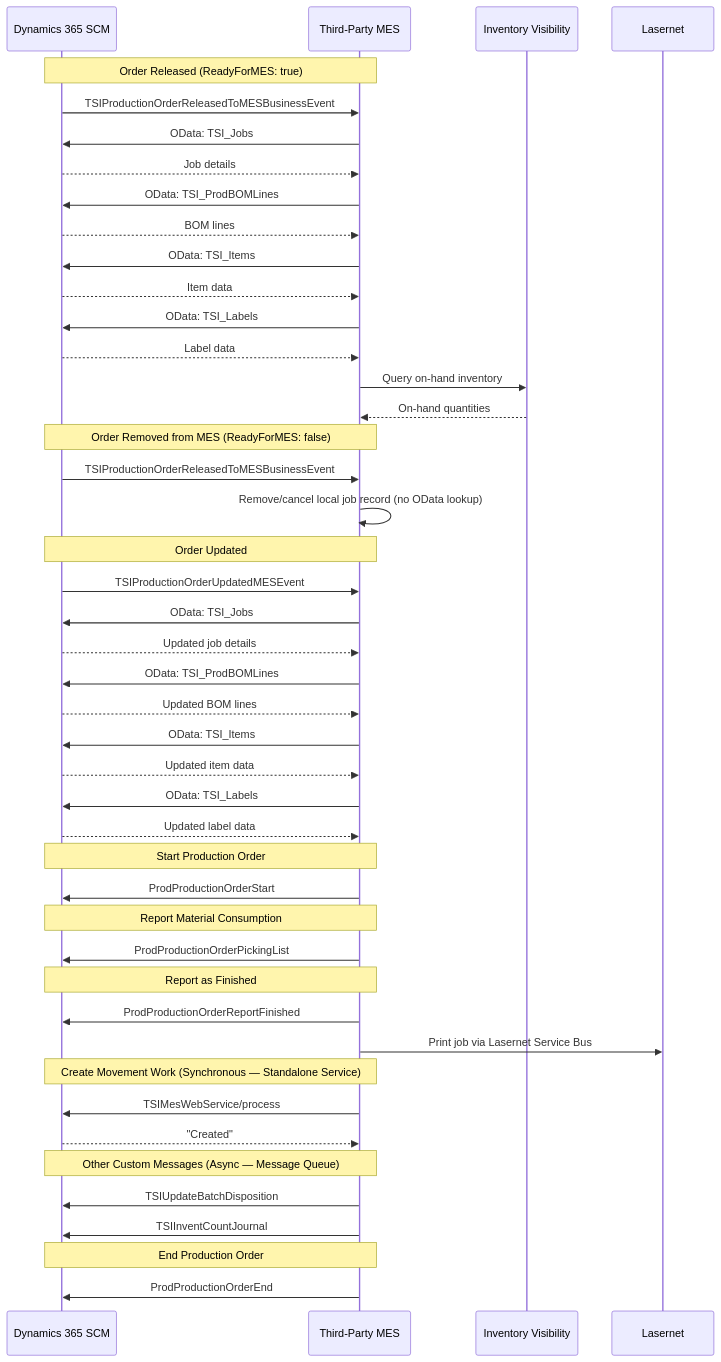
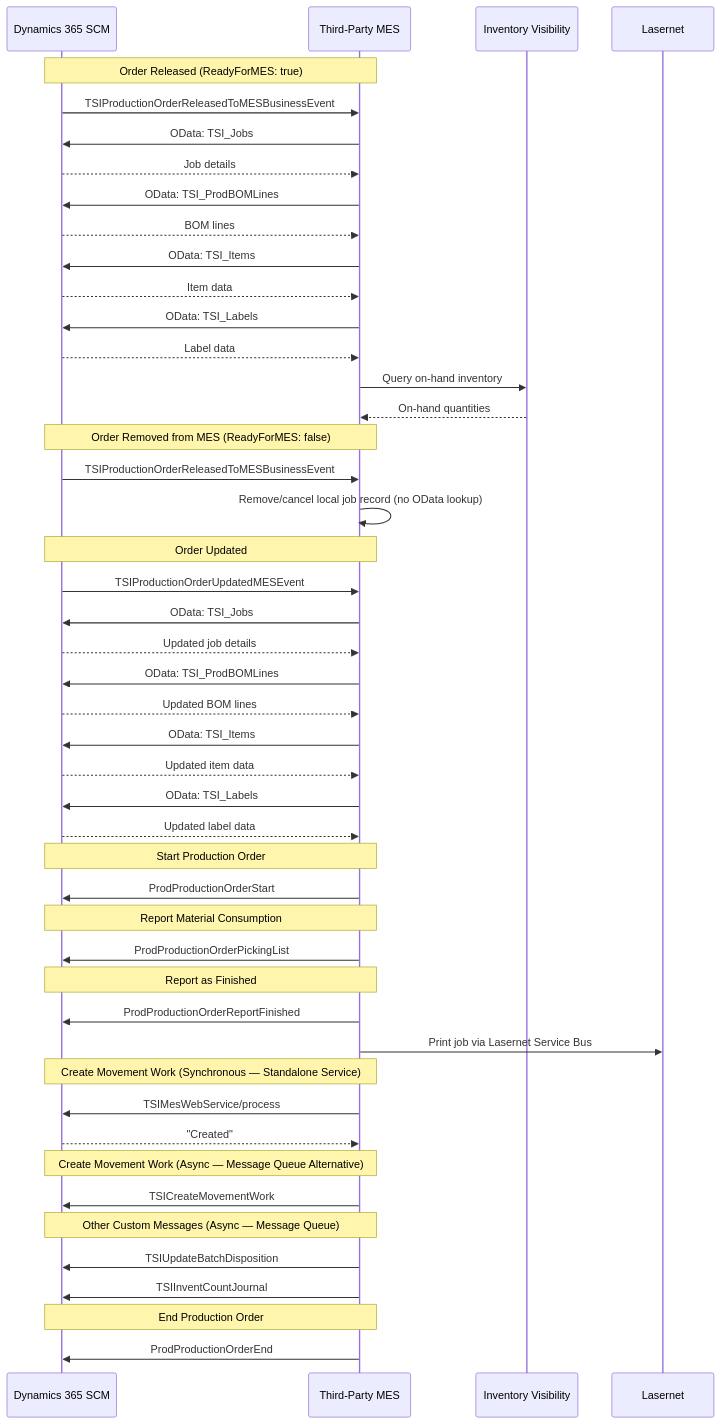
Before and after one commit to tempur-intl/d365MES-examples: the diagram in README.md, drawn with Mermaid. The commit also changed other lines of this file, not shown here.

````diff
--- a/README.md
+++ b/README.md
@@ -25,56 +25,59 @@
 ```mermaid
 sequenceDiagram
     participant D365 as Dynamics 365 SCM
     participant MES as Third-Party MES
     participant IVA as Inventory Visibility
     participant LN as Lasernet
 
     Note over D365,MES: Order Released (ReadyForMES: true)
     D365->>MES: TSIProductionOrderReleasedToMESBusinessEvent
     MES->>D365: OData: TSI_Jobs
     D365-->>MES: Job details
     MES->>D365: OData: TSI_ProdBOMLines
     D365-->>MES: BOM lines
     MES->>D365: OData: TSI_Items
     D365-->>MES: Item data
     MES->>D365: OData: TSI_Labels
     D365-->>MES: Label data
     MES->>IVA: Query on-hand inventory
     IVA-->>MES: On-hand quantities
 
     Note over D365,MES: Order Removed from MES (ReadyForMES: false)
     D365->>MES: TSIProductionOrderReleasedToMESBusinessEvent
     MES->>MES: Remove/cancel local job record (no OData lookup)
 
     Note over D365,MES: Order Updated
     D365->>MES: TSIProductionOrderUpdatedMESEvent
     MES->>D365: OData: TSI_Jobs
     D365-->>MES: Updated job details
     MES->>D365: OData: TSI_ProdBOMLines
     D365-->>MES: Updated BOM lines
     MES->>D365: OData: TSI_Items
     D365-->>MES: Updated item data
     MES->>D365: OData: TSI_Labels
     D365-->>MES: Updated label data
 
     Note over D365,MES: Start Production Order
     MES->>D365: ProdProductionOrderStart
 
     Note over D365,MES: Report Material Consumption
     MES->>D365: ProdProductionOrderPickingList
 
     Note over D365,MES: Report as Finished
     MES->>D365: ProdProductionOrderReportFinished
     MES->>LN: Print job via Lasernet Service Bus
 
     Note over D365,MES: Create Movement Work (Synchronous — Standalone Service)
     MES->>D365: TSIMesWebService/process
     D365-->>MES: "Created"
 
+    Note over D365,MES: Create Movement Work (Async — Message Queue Alternative)
+    MES->>D365: TSICreateMovementWork
+
     Note over D365,MES: Other Custom Messages (Async — Message Queue)
     MES->>D365: TSIUpdateBatchDisposition
     MES->>D365: TSIInventCountJournal
 
     Note over D365,MES: End Production Order
     MES->>D365: ProdProductionOrderEnd
 ```
````
